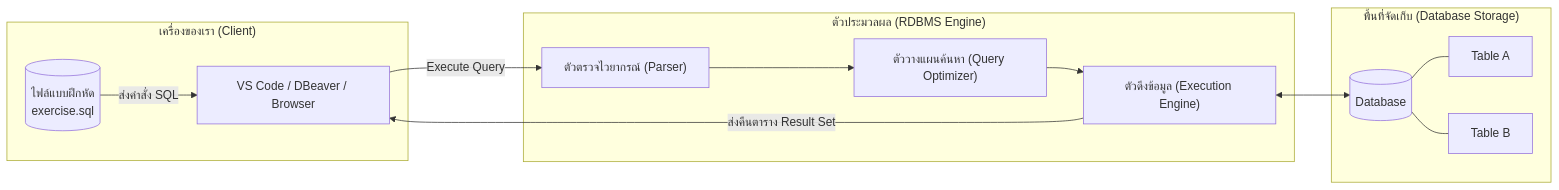
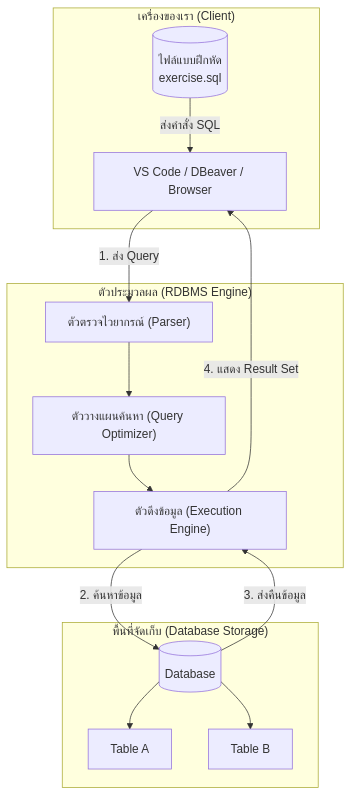
The second of 9 diagrams in Wiki/SQL Lab Practice Guide - Zero to Hero.md (kanomoo/database-system), drawn with Mermaid before and after one commit. The commit also changed other lines of this file and 16 other files, not shown here.

````diff
--- a/Wiki/SQL Lab Practice Guide - Zero to Hero.md
+++ b/Wiki/SQL Lab Practice Guide - Zero to Hero.md
@@ -41,25 +41,26 @@
 ```mermaid
-graph LR
+flowchart TD
     subgraph Client["เครื่องของเรา (Client)"]
         File[("ไฟล์แบบฝึกหัด<br/>exercise.sql")]
         IDE["VS Code / DBeaver / Browser"]
+        File -->|ส่งคำสั่ง SQL| IDE
     end
     subgraph Engine["ตัวประมวลผล (RDBMS Engine)"]
         Parser["ตัวตรวจไวยากรณ์ (Parser)"]
         Optimizer["ตัววางแผนค้นหา (Query Optimizer)"]
         Executor["ตัวดึงข้อมูล (Execution Engine)"]
+        Parser --> Optimizer --> Executor
     end
     subgraph Storage["พื้นที่จัดเก็บ (Database Storage)"]
         DB[("Database")]
         T1["Table A"]
         T2["Table B"]
+        DB --> T1
+        DB --> T2
     end
 
-    File -->|ส่งคำสั่ง SQL| IDE
-    IDE -->|Execute Query| Parser
-    Parser --> Optimizer --> Executor
-    Executor <--> DB
-    DB --- T1
-    DB --- T2
-    Executor -->|ส่งคืนตาราง Result Set| IDE
+    IDE -->|1. ส่ง Query| Parser
+    Executor -->|2. ค้นหาข้อมูล| DB
+    DB -->|3. ส่งคืนข้อมูล| Executor
+    Executor -->|4. แสดง Result Set| IDE
 ```
````
